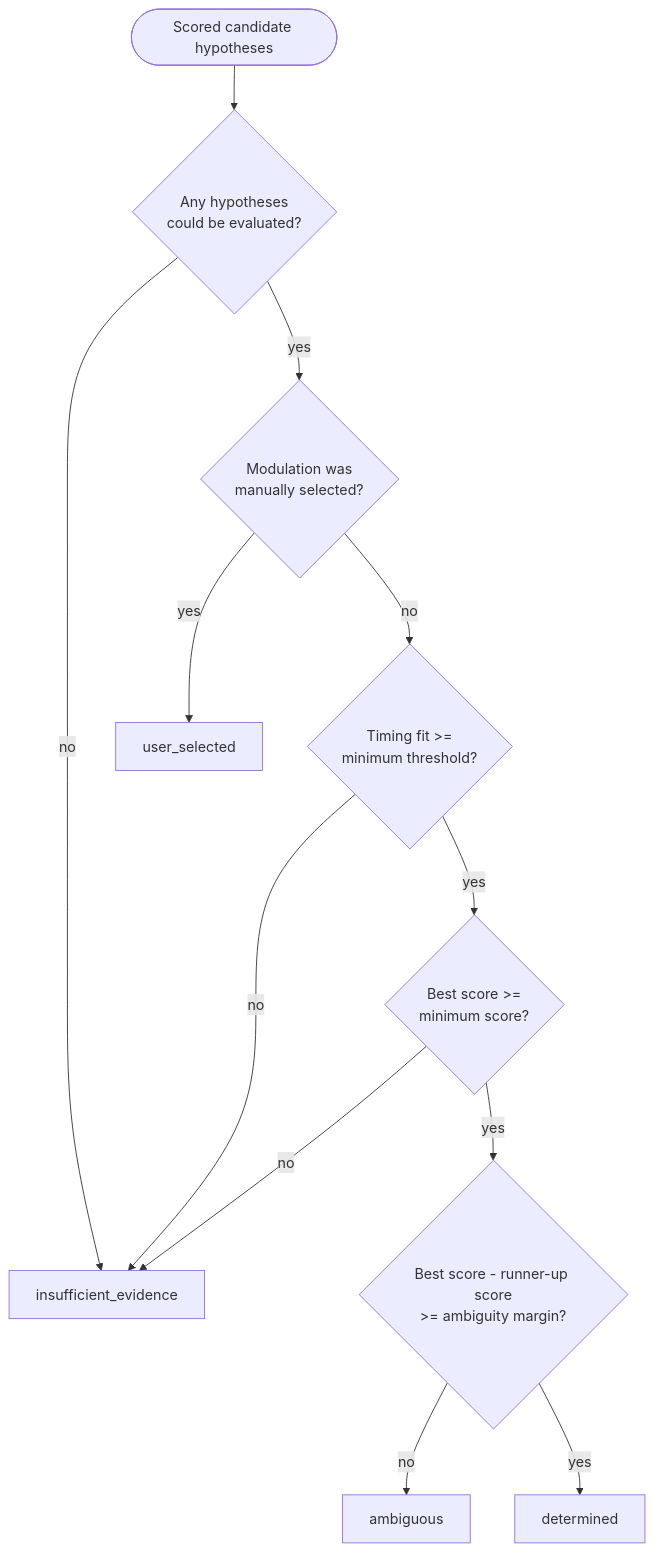
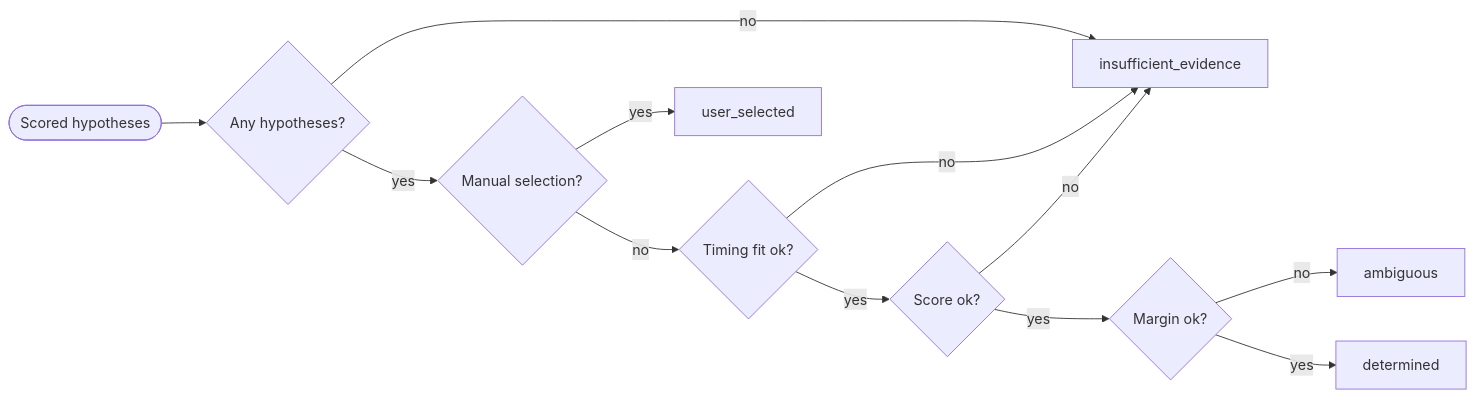
One commit to Akhil-0911/SigIQ changed the third of 3 diagrams in README.md. Above: the diagram before and after it, drawn with Mermaid. The commit also changed other lines of this file, not shown here.

First line of the commit message:
Make README flowcharts compact (left-to-right, short labels)

````diff
--- a/README.md
+++ b/README.md
@@ -166,14 +166,14 @@
 ```mermaid
-flowchart TD
-    Start(["Scored candidate hypotheses"]) --> Chk0{"Any hypotheses<br/>could be evaluated?"}
-    Chk0 -- no --> Ins["insufficient_evidence"]
-    Chk0 -- yes --> Chk1{"Modulation was<br/>manually selected?"}
-    Chk1 -- yes --> Us["user_selected"]
-    Chk1 -- no --> Chk2{"Timing fit >=<br/>minimum threshold?"}
+flowchart LR
+    Start([Scored hypotheses]) --> Chk0{Any hypotheses?}
+    Chk0 -- no --> Ins[insufficient_evidence]
+    Chk0 -- yes --> Chk1{Manual selection?}
+    Chk1 -- yes --> Us[user_selected]
+    Chk1 -- no --> Chk2{Timing fit ok?}
     Chk2 -- no --> Ins
-    Chk2 -- yes --> Chk3{"Best score >=<br/>minimum score?"}
+    Chk2 -- yes --> Chk3{Score ok?}
     Chk3 -- no --> Ins
-    Chk3 -- yes --> Chk4{"Best score - runner-up score<br/>>= ambiguity margin?"}
-    Chk4 -- no --> Amb["ambiguous"]
-    Chk4 -- yes --> Det["determined"]
+    Chk3 -- yes --> Chk4{Margin ok?}
+    Chk4 -- no --> Amb[ambiguous]
+    Chk4 -- yes --> Det[determined]
 ```
````
